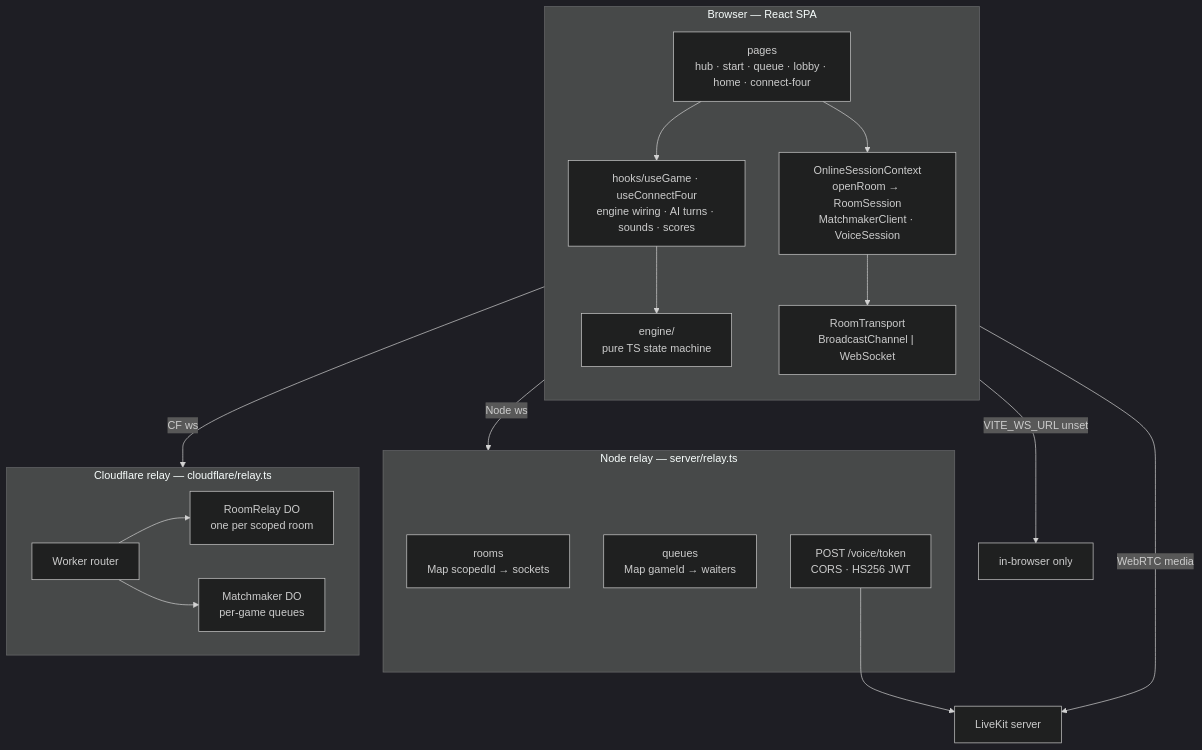
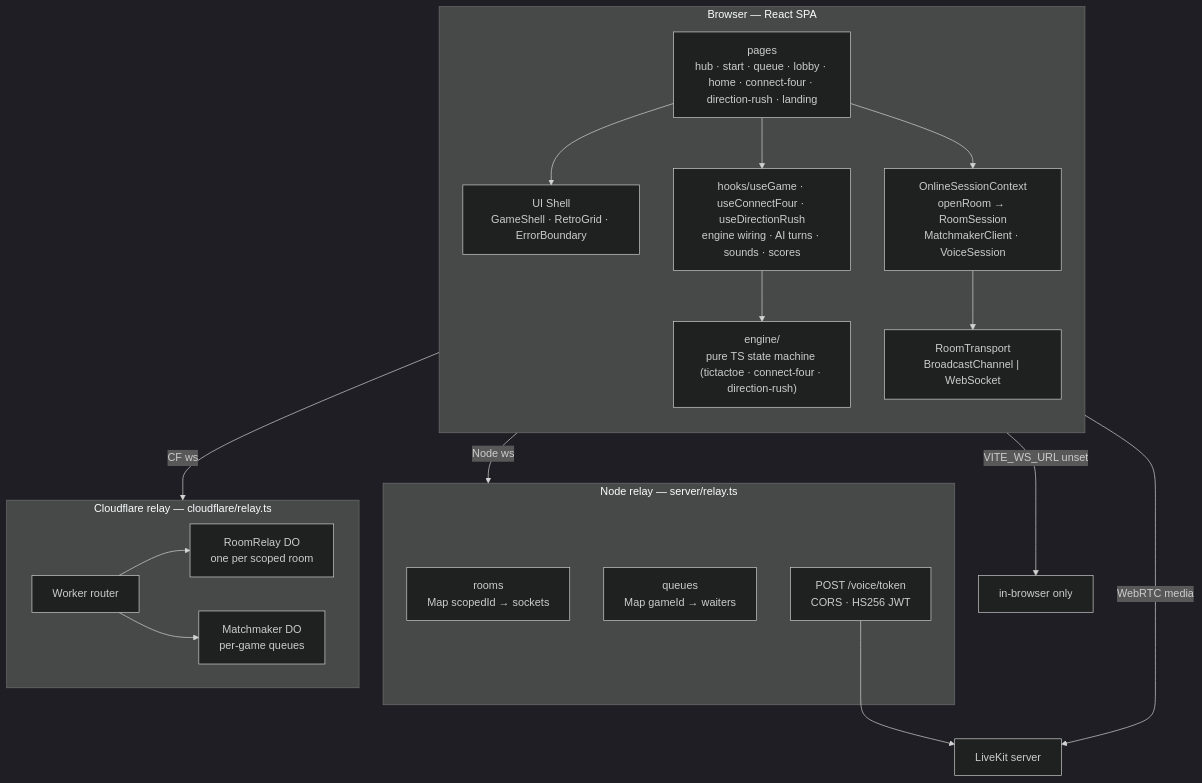
The second of 7 diagrams in docs/ARCHITECTURE.md (nahyan0077/arcade-hub), drawn with Mermaid (dark theme) before and after one commit. The commit also changed other lines of this file and 5 other files, not shown here.

Commit message:
docs: update README, ARCHITECTURE, and add documentation sync rule

````diff
--- a/docs/ARCHITECTURE.md
+++ b/docs/ARCHITECTURE.md
@@ -49,36 +58,38 @@
 ```mermaid
 flowchart TB
     subgraph Client["Browser — React SPA"]
         direction TB
-        Pages["pages<br/>hub · start · queue · lobby · home · connect-four"]
-        UseGame["hooks/useGame · useConnectFour<br/>engine wiring · AI turns · sounds · scores"]
+        Pages["pages<br/>hub · start · queue · lobby · home · connect-four · direction-rush · landing"]
+        Shell["UI Shell<br/>GameShell · RetroGrid · ErrorBoundary"]
+        UseGame["hooks/useGame · useConnectFour · useDirectionRush<br/>engine wiring · AI turns · sounds · scores"]
         OSession["OnlineSessionContext<br/>openRoom → RoomSession<br/>MatchmakerClient · VoiceSession"]
-        Engine["engine/<br/>pure TS state machine"]
+        Engine["engine/<br/>pure TS state machine (tictactoe · connect-four · direction-rush)"]
         Transport["RoomTransport<br/>BroadcastChannel | WebSocket"]
 
+        Pages --> Shell
         Pages --> UseGame --> Engine
         Pages --> OSession --> Transport
     end
 
     subgraph NodeRelay["Node relay — server/relay.ts"]
         Rooms["rooms<br/>Map scopedId → sockets"]
         Queues["queues<br/>Map gameId → waiters"]
         VoiceHTTP["POST /voice/token<br/>CORS · HS256 JWT"]
     end
 
     subgraph CFRelay["Cloudflare relay — cloudflare/relay.ts"]
         Router["Worker router"]
         RoomDO["RoomRelay DO<br/>one per scoped room"]
         MatchDO["Matchmaker DO<br/>per-game queues"]
         Router --> RoomDO
         Router --> MatchDO
     end
 
     LK["LiveKit server"]
 
     Transport -- "VITE_WS_URL unset" --> BCOnly["in-browser only"]
     Transport -- "Node ws" --> NodeRelay
     Transport -- "CF ws" --> CFRelay
     VoiceHTTP --> LK
     OSession -- "WebRTC media" --> LK
 ```
````
